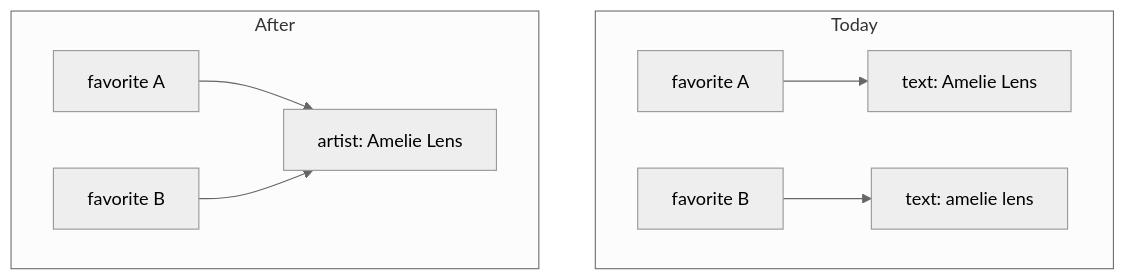
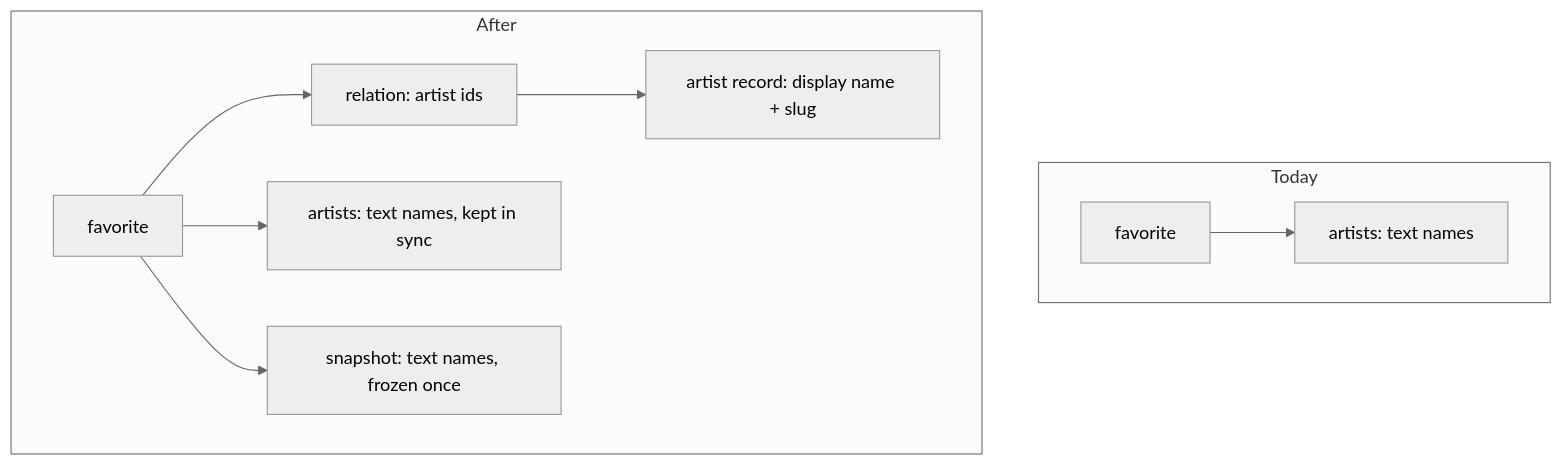
One commit to baptiste-pasquier/groovemark changed the first of 2 diagrams in docs/journal/plans/2026-09-05-2309-feat-artist-entity-plan.md. Above: the diagram before and after it, drawn with Mermaid (neutral theme). The commit also changed other lines of this file, not shown here.

First line of the commit message:
docs(plan): enrich artist entity plan to implementation-ready

````diff
--- a/docs/journal/plans/2026-09-05-2309-feat-artist-entity-plan.md
+++ b/docs/journal/plans/2026-09-05-2309-feat-artist-entity-plan.md
@@ -69,11 +69,12 @@
 ```mermaid
 flowchart TB
   subgraph before["Today"]
-    B1["favorite A"] --> B2["text: Amelie Lens"]
-    B3["favorite B"] --> B4["text: amelie lens"]
+    B1["favorite"] --> B2["artists: text names"]
   end
   subgraph after["After"]
-    A1["favorite A"] --> A3["artist: Amelie Lens"]
-    A2["favorite B"] --> A3
+    A1["favorite"] --> A2["relation: artist ids"]
+    A1 --> A3["artists: text names, kept in sync"]
+    A1 --> A4["snapshot: text names, frozen once"]
+    A2 --> A5["artist record: display name + slug"]
   end
 ```
````
